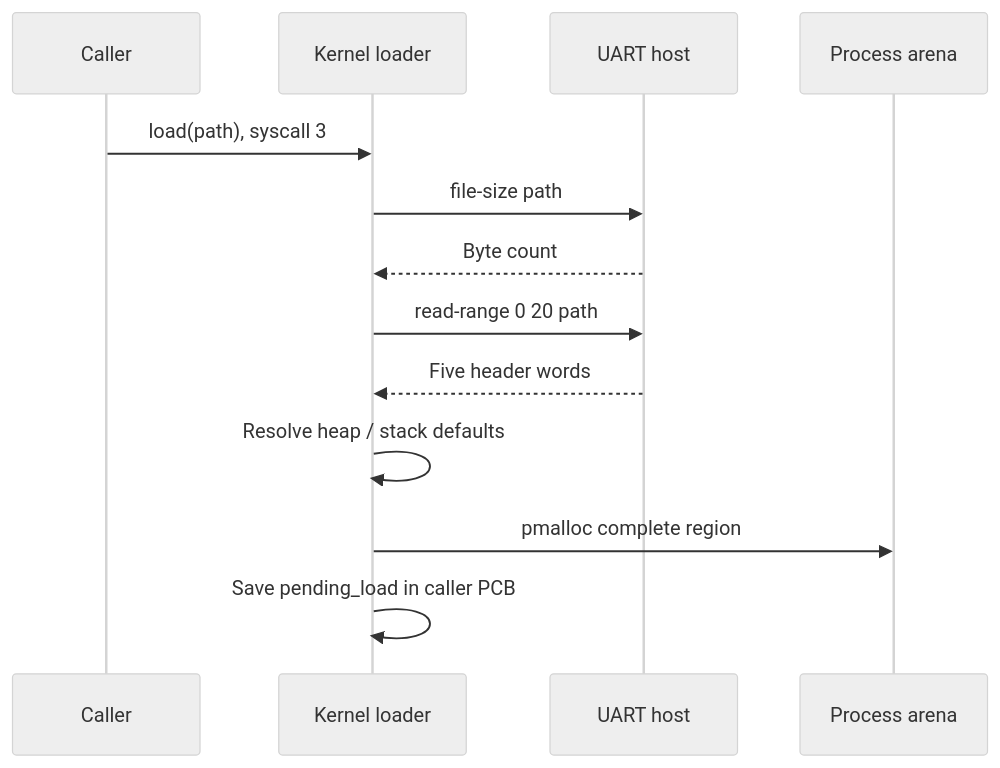
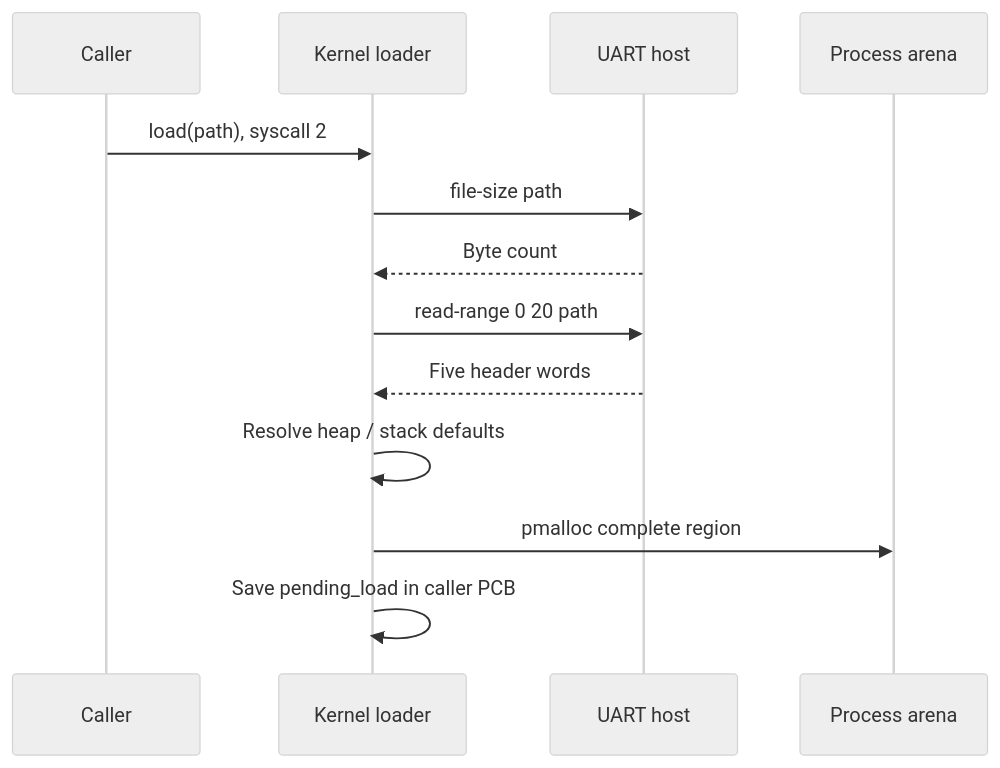
Before and after one commit to matthejue/Pico-OS_Presentation: diagram 11 of 32 in slides.md, drawn with Mermaid (neutral theme). The commit also changed other lines of this file and 2 other files, not shown here.

````diff
--- a/slides.md
+++ b/slides.md
@@ -1819,15 +1819,15 @@
 ```mermaid
 sequenceDiagram
  participant C as Caller
  participant K as Kernel loader
  participant H as UART host
  participant M as Process arena
- C->>K: load(path), syscall 3
+ C->>K: load(path), syscall 2
  K->>H: file-size path
  H-->>K: Byte count
  K->>H: read-range 0 20 path
  H-->>K: Five header words
  K->>K: Resolve heap / stack defaults
  K->>M: pmalloc complete region
  K->>K: Save pending_load in caller PCB
 ```
````
